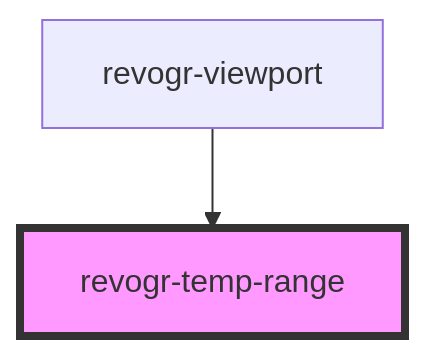
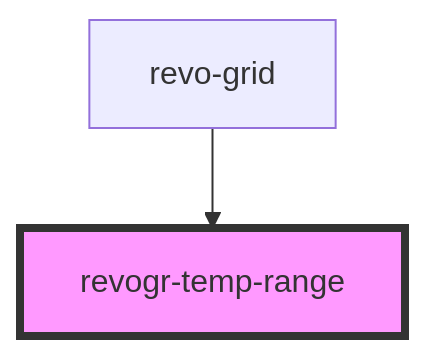
One commit to revolist/revogrid changed the diagram in src/components/selection-temp-range/readme.md. Above: the diagram before and after it, drawn with Mermaid. The commit also changed other lines of this file and 41 other files, not shown here.

````diff
--- a/src/components/selection-temp-range/readme.md
+++ b/src/components/selection-temp-range/readme.md
@@ -22,5 +22,5 @@
 ```mermaid
 graph TD;
-  revogr-viewport --> revogr-temp-range
+  revo-grid --> revogr-temp-range
   style revogr-temp-range fill:#f9f,stroke:#333,stroke-width:4px
 ```
````
